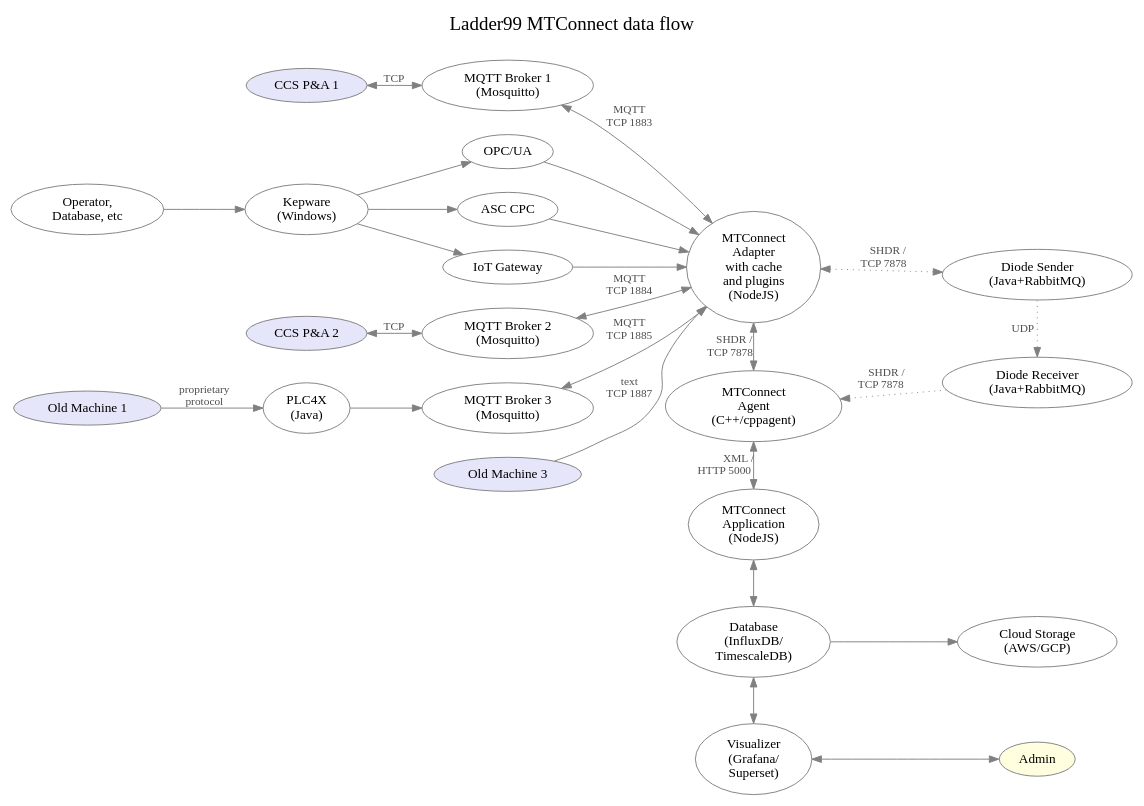
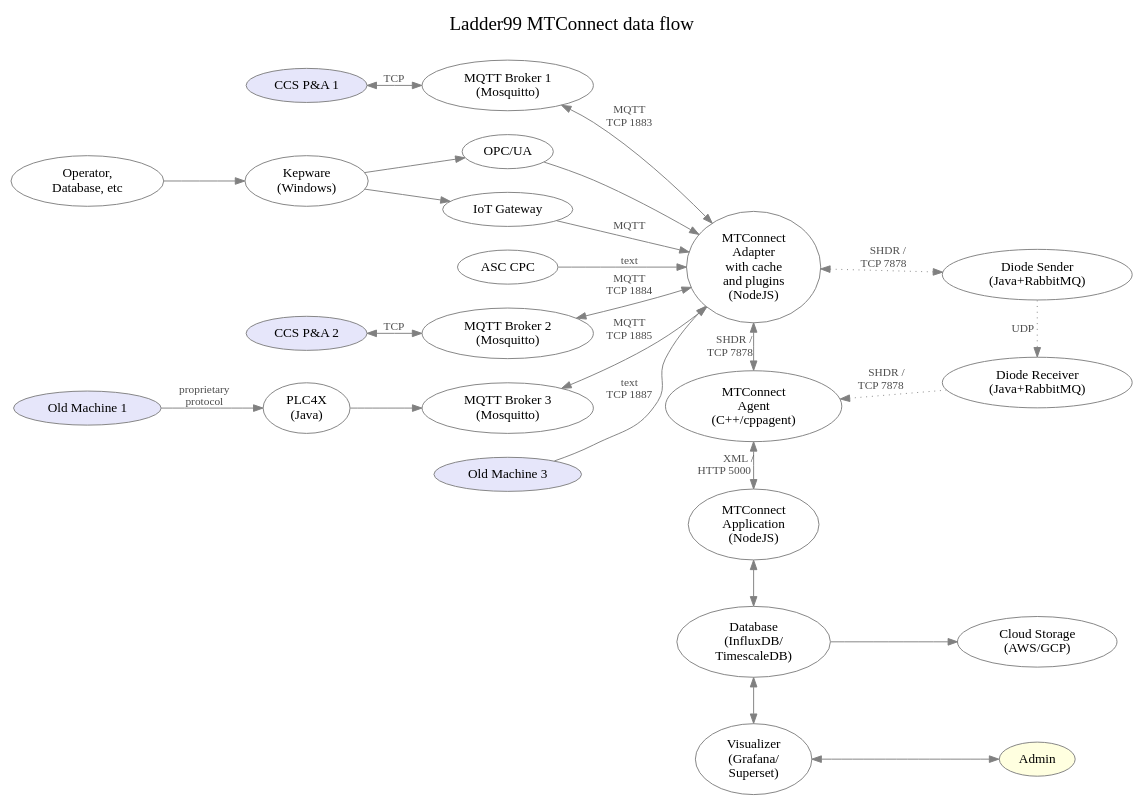
Before and after one commit to Ladder99/ladder99: the diagram in design/architecture.dot, drawn with Graphviz. The commit also changed 2 other files, not shown here.

```diff
--- a/design/architecture.dot
+++ b/design/architecture.dot
@@ -1,101 +1,101 @@
 digraph "ladder99-adapter" {
 
   // styles
   graph [ label="Ladder99 MTConnect data flow\n "; color=lightgray; ];
   graph [ fontsize=20 ];
   graph [ labelloc=t ];
   graph [ ranksep=0.2 ];
   graph [ nodesep=0.35 ];
   graph [ rankdir=LR; ] // left-to-right
   node [ color=gray; fillcolor=white; style=filled ];
   edge [ color=gray ];
   edge [ fontsize=12; fontcolor=gray30; ];
 
   // nodes
   PA1 [ fillcolor=lavender; label="CCS P&A 1" ];
   PA2 [ fillcolor=lavender; label="CCS P&A 2" ];
   OldMachine1 [ fillcolor=lavender; label="Old Machine 1" ];
   PLC4X [ label="PLC4X\n(Java)" ];
   // OldMachine2 [ fillcolor=lavender; label="Old Machine 2" ];
   Various [ label="Operator,\nDatabase, etc"];
   Kepware [ label="Kepware\n(Windows)"];
   OPC [ label="OPC/UA" ];
   CPC [ label="ASC CPC" ];
   Gateway [ label="IoT Gateway"];
   Broker1 [ label="MQTT Broker 1\n(Mosquitto)" ];
   Broker2 [ label="MQTT Broker 2\n(Mosquitto)" ];
   Broker3 [ label="MQTT Broker 3\n(Mosquitto)" ];
   // Broker4 [ label="MQTT Broker 4\n(Mosquitto)" ];
   OldMachine3 [ fillcolor=lavender; label="Old Machine 3" ];
   Adapter [ label="MTConnect\nAdapter\nwith cache\nand plugins\n(NodeJS)" ];
   // Device1Sheet [ fillcolor=greenyellow; label="device1.sheet" ];
   // Device1Yaml [ fillcolor=greenyellow; label="device1.yaml" ];
   // Device1Js [ label="device1.js" ];
   // Device2Sheet [ fillcolor=greenyellow; label="device2.sheet" ];
   // Device2Yaml [ fillcolor=greenyellow; label="device2.yaml" ];
   // Device2Js [ label="device2.js" ];
   DiodeSender [ label="Diode Sender\n(Java+RabbitMQ)" ];
   DiodeReceiver [ label="Diode Receiver\n(Java+RabbitMQ)" ];
   // DevicesXml [ label="devices.xml" ];
   Agent [ label="MTConnect\nAgent\n(C++/cppagent)" ];
   Application [ label="MTConnect\nApplication\n(NodeJS)" ];
   Database [ label="Database\n(InfluxDB/\nTimescaleDB)" ];
   Visualizer [ label="Visualizer\n(Grafana/\nSuperset)" ];
   Cloud [ label="Cloud Storage\n(AWS/GCP)" ];
   Admin [ fillcolor=lightyellow ];
   // LOI [ label="LOI\n(SvelteJS)" ];
   // Operator [ fillcolor=lightyellow ];
 
   // edges
   PA1 -> Broker1 [ label="  TCP  ", dir=both ];
   // PA1 -> Kepware [ label="", dir=both ];
   PA2 -> Broker2 [ label="  TCP  ", dir=both ];
   OldMachine1 -> PLC4X [ label="proprietary\nprotocol" ];
   PLC4X -> Broker3 [ label="" ];
   // OldMachine2 -> Kepware [ label="proprietary\nprotocol" ];
   // Kepware -> Broker4 [ label="TCP" ];
   // Kepware -> Adapter [ label="text\nTCP" ];
   Various -> Kepware;
   Kepware -> OPC;
-  Kepware -> CPC;
+  // Kepware -> CPC;
   Kepware -> Gateway;
   OPC -> Adapter;
-  CPC -> Adapter;
-  Gateway -> Adapter;
+  CPC -> Adapter [ label="text" ];
+  Gateway -> Adapter [ label="MQTT" ];
   OldMachine3 -> Adapter [ label="text\nTCP 1887" ];
   Broker1 -> Adapter [ label="MQTT\nTCP 1883", dir=both ];
   Broker2 -> Adapter [ label="MQTT\nTCP 1884", dir=both ];
   Broker3 -> Adapter [ label="MQTT\nTCP 1885", dir=both ];
   // Broker4 -> Adapter [ label="MQTT\nTCP 1886", dir=both ];
   
   Adapter -> Agent [ label="SHDR /   \nTCP 7878      ", dir=both ];
 
   Adapter -> DiodeSender [ label="SHDR /   \nTCP 7878      ", dir=both, style=dotted ];
   DiodeSender -> DiodeReceiver [ label="UDP    ", style=dotted ];
   DiodeReceiver -> Agent [ label="SHDR /    \nTCP 7878        ", style=dotted ];
   
   // Device1Sheet -> Device1Yaml [ label="feeds into" ];
   // Device1Yaml -> Device1Js [ label="generates" ];
   // Device1Js -> Proxy1 [ label="used by" ];
   // Device2Sheet -> Device2Yaml [ label="feeds into" ];
   // Device2Yaml -> Device2Js [ label="generates" ];
   // Device2Js -> Proxy2 [ label="used by" ];
   // Device1Yaml -> DevicesXml [ label="generates" ];
   // Device2Yaml -> DevicesXml [ label="generates" ];
   // DiodeSender -> DiodeReceiver [ label="UDP    " ];
   // DiodeReceiver -> Agent [ label="SHDR /    \nTCP 7878        " ];
   // Adapter -> Agent [ label="SHDR/\nTCP 7878" ];
   // DevicesXml -> Agent [ label="used by" ];
   Agent -> Application [ dir=both; label="XML / \nHTTP 5000          " ];
   Application -> Database [ dir=both ];
   Database -> Visualizer [ dir=both ];
   Database -> Cloud;
   Visualizer -> Admin [ dir=both ];
   // Application -> LOI;
   // LOI -> Operator;
 
   // rank
   // { rank=same; DiodeSender DiodeReceiver Agent Application Database Visualizer };
   { rank=same; Adapter Agent Application Database Visualizer };
   { rank=same; DiodeSender DiodeReceiver Cloud Admin };
 }
```
